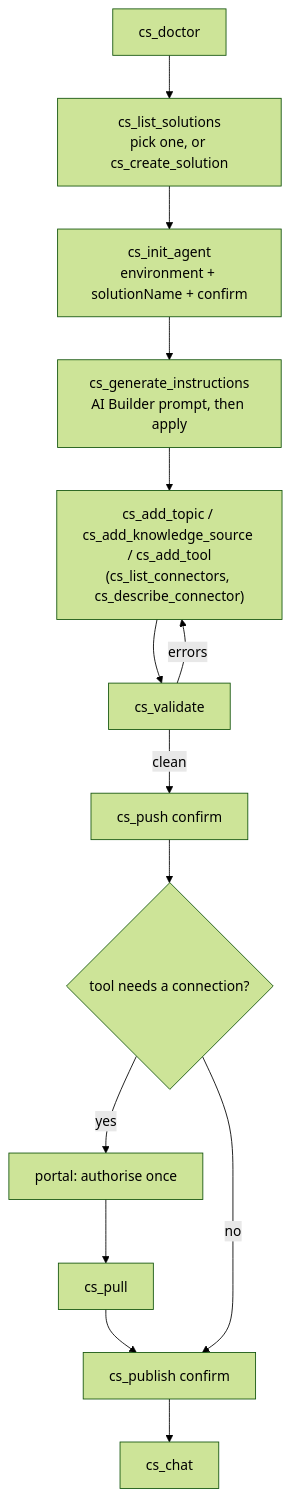
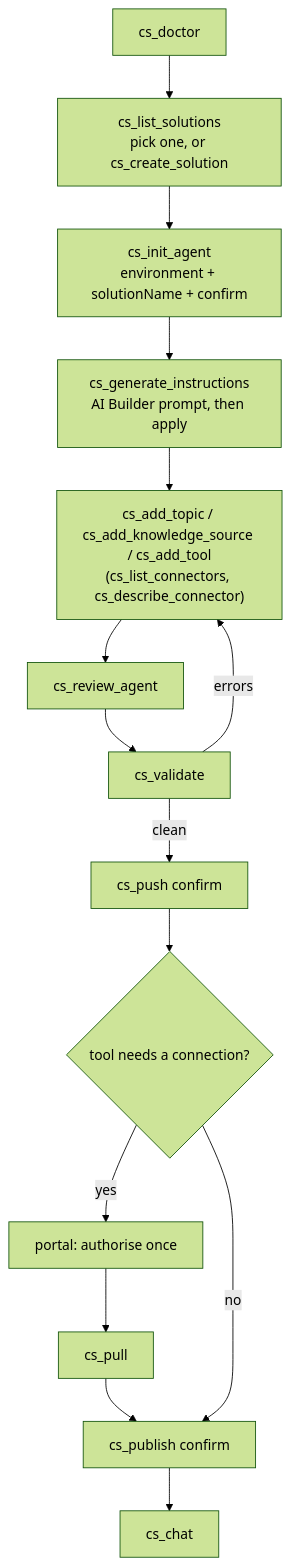
One commit to jgt87/copilot-studio-mcp changed the second of 3 diagrams in README.md. Above: the diagram before and after it, drawn with Mermaid (forest theme). The commit also changed other lines of this file and 8 other files, not shown here.

````diff
--- a/README.md
+++ b/README.md
@@ -324,14 +327,15 @@
 ```mermaid
 flowchart TD
     A["cs_doctor"] --> B["cs_list_solutions<br/>pick one, or cs_create_solution"]
     B --> C["cs_init_agent<br/>environment + solutionName + confirm"]
     C --> D["cs_generate_instructions<br/>AI Builder prompt, then apply"]
     D --> E["cs_add_topic / cs_add_knowledge_source / cs_add_tool<br/>(cs_list_connectors, cs_describe_connector)"]
-    E --> H["cs_validate"]
+    E --> R["cs_review_agent"]
+    R --> H["cs_validate"]
     H -- errors --> E
     H -- clean --> I["cs_push confirm"]
     I --> J{"tool needs a connection?"}
     J -- yes --> J1["portal: authorise once"] --> J2["cs_pull"] --> K
     J -- no --> K["cs_publish confirm"]
     K --> L["cs_chat"]
 ```
````
